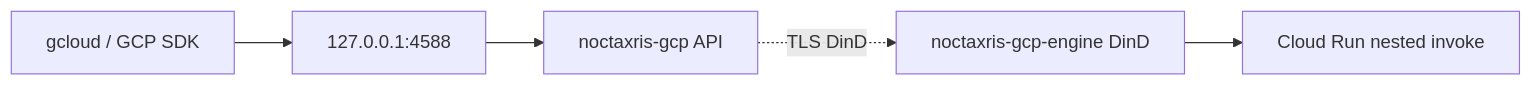
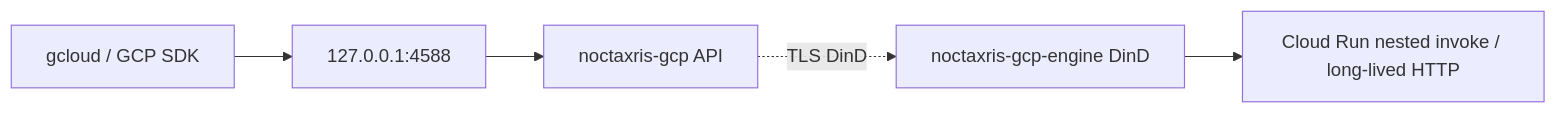
The diagram in README.md (Kyaxris-Labs/Noctaxris-GCP), drawn with Mermaid before and after one commit. The commit also changed other lines of this file and 26 other files, not shown here.

````diff
--- a/README.md
+++ b/README.md
@@ -351,7 +351,7 @@
 ```mermaid
 flowchart LR
   Client["gcloud / GCP SDK"] --> Port["127.0.0.1:4588"]
   Port --> API["noctaxris-gcp API"]
   API -.->|"TLS DinD"| Engine["noctaxris-gcp-engine DinD"]
-  Engine --> Nested["Cloud Run nested invoke"]
+  Engine --> Nested["Cloud Run nested invoke / long-lived HTTP"]
 ```
````
